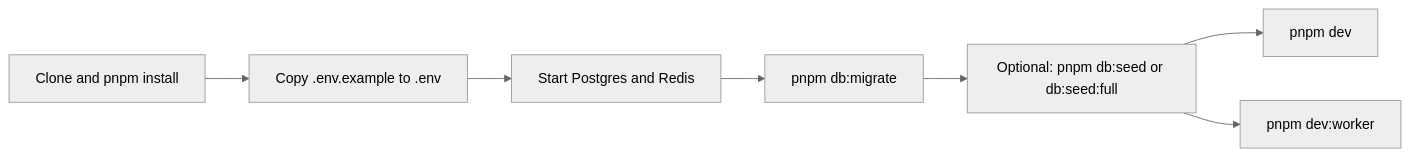
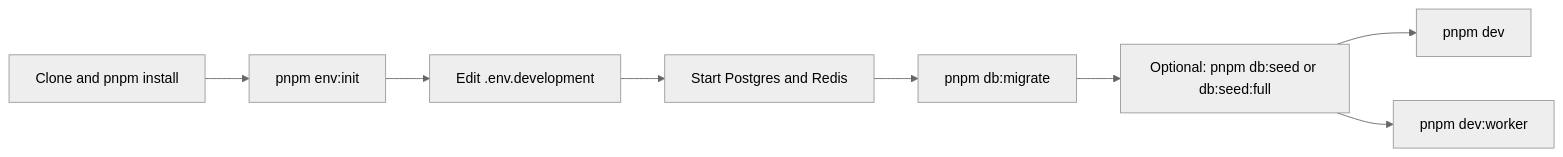
The diagram in docs/getting-started/setup.md (nikunjmavani/core-be), drawn with Mermaid (neutral theme) before and after one commit. The commit also changed other lines of this file and 145 other files, not shown here.

````diff
--- a/docs/getting-started/setup.md
+++ b/docs/getting-started/setup.md
@@ -28,9 +28,10 @@
 ```mermaid
 flowchart LR
-  A[Clone and pnpm install] --> B[Copy .env.example to .env]
-  B --> C[Start Postgres and Redis]
-  C --> D[pnpm db:migrate]
-  D --> E[Optional: pnpm db:seed or db:seed:full]
-  E --> F[pnpm dev]
-  E --> G[pnpm dev:worker]
+  A[Clone and pnpm install] --> B[pnpm env:init]
+  B --> C[Edit .env.development]
+  C --> D[Start Postgres and Redis]
+  D --> E[pnpm db:migrate]
+  E --> F[Optional: pnpm db:seed or db:seed:full]
+  F --> G[pnpm dev]
+  F --> H[pnpm dev:worker]
 ```
````
